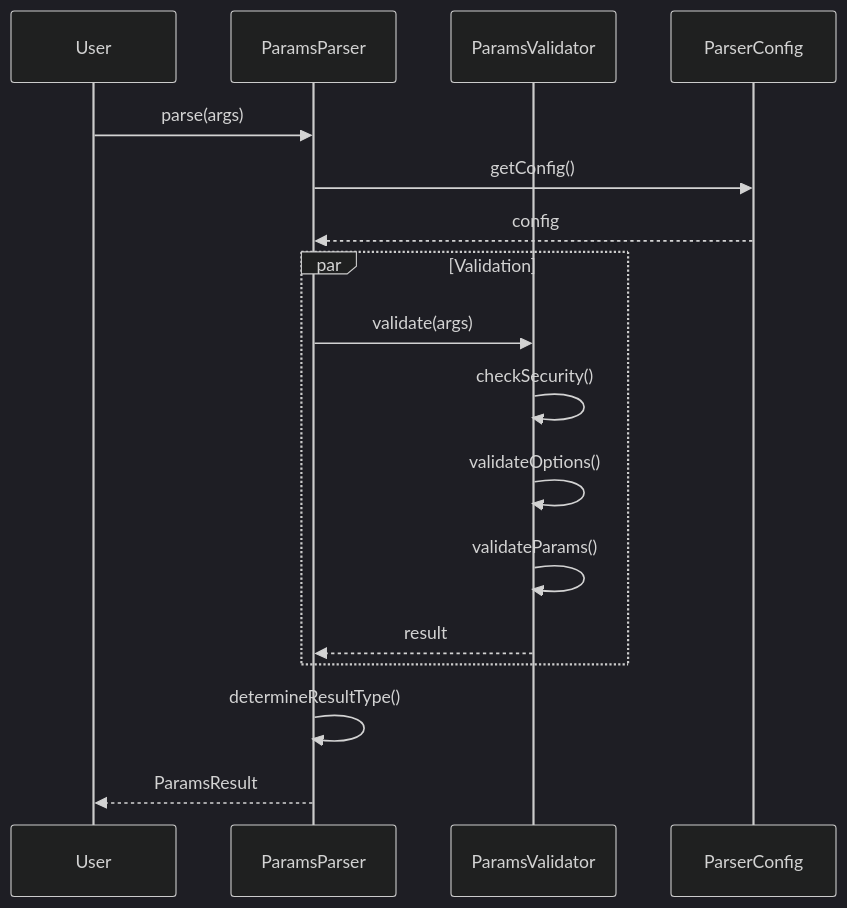
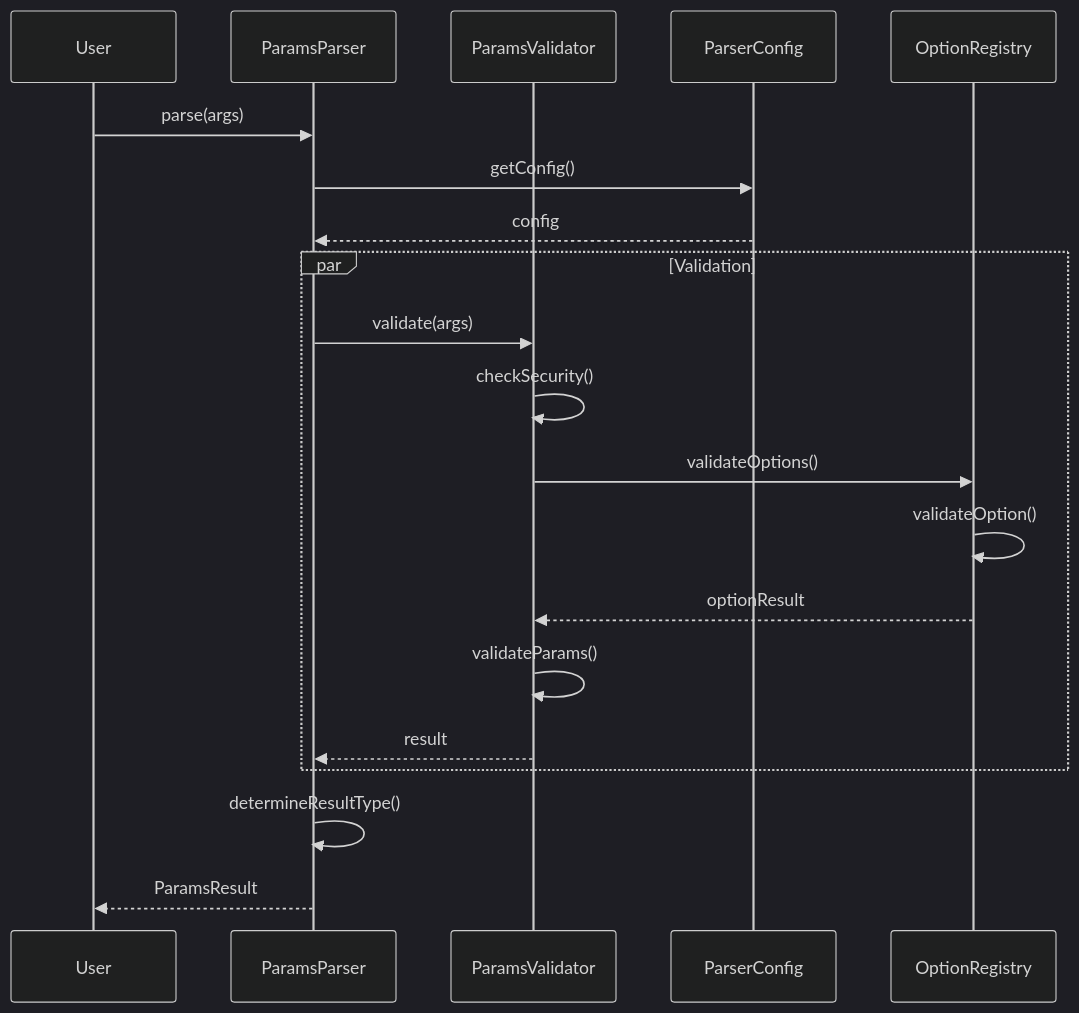
The second of 10 diagrams in docs/architecture/layer2_diagrams.ja.md (tettuan/breakdownparams), drawn with Mermaid (dark theme) before and after one commit. The commit also changed other lines of this file and 123 other files, not shown here.

Commit message:
feat: implement option system architecture - Add option types, registry, tests and update docs

````diff
--- a/docs/architecture/layer2_diagrams.ja.md
+++ b/docs/architecture/layer2_diagrams.ja.md
@@ -29,22 +35,25 @@
 ```mermaid
 sequenceDiagram
     participant User
     participant Parser as ParamsParser
     participant Validator as ParamsValidator
     participant Config as ParserConfig
+    participant Options as OptionRegistry
     
     User->>Parser: parse(args)
     Parser->>Config: getConfig()
     Config-->>Parser: config
     
     par Validation
         Parser->>Validator: validate(args)
         Validator->>Validator: checkSecurity()
-        Validator->>Validator: validateOptions()
+        Validator->>Options: validateOptions()
+        Options->>Options: validateOption()
+        Options-->>Validator: optionResult
         Validator->>Validator: validateParams()
         Validator-->>Parser: result
     end
     
     Parser->>Parser: determineResultType()
     Parser-->>User: ParamsResult
 ```
````
